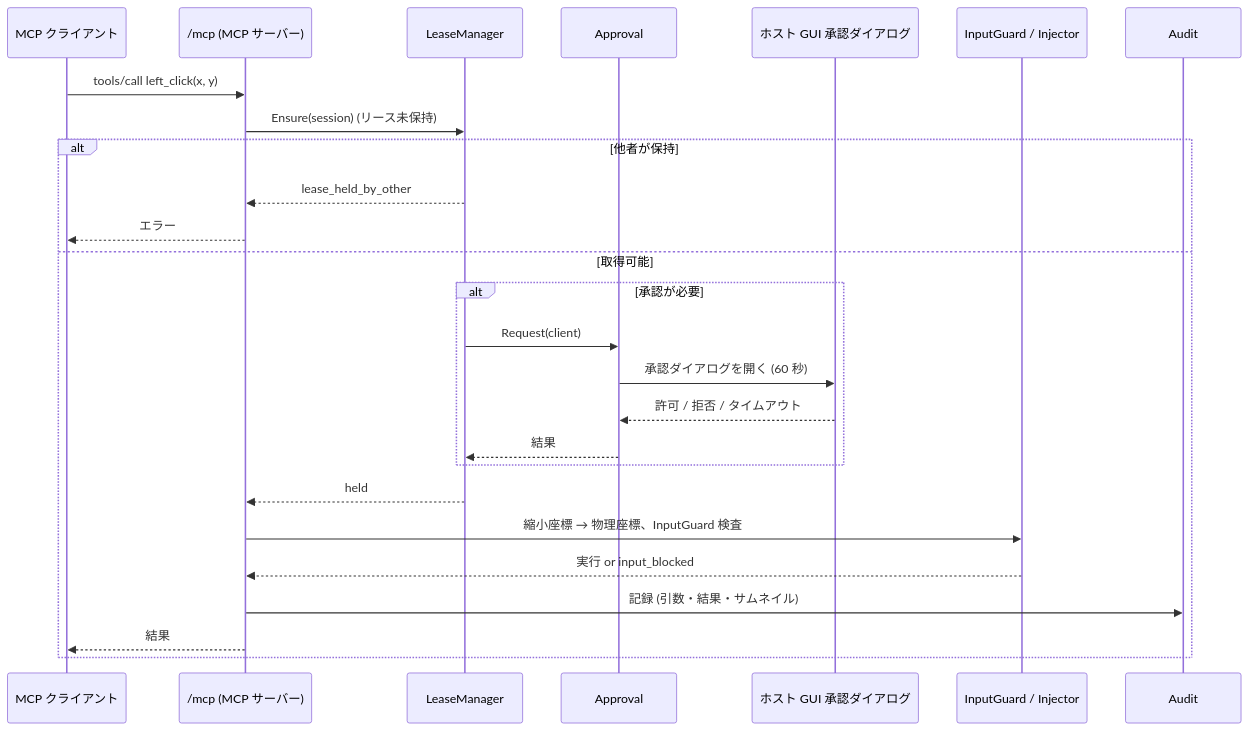
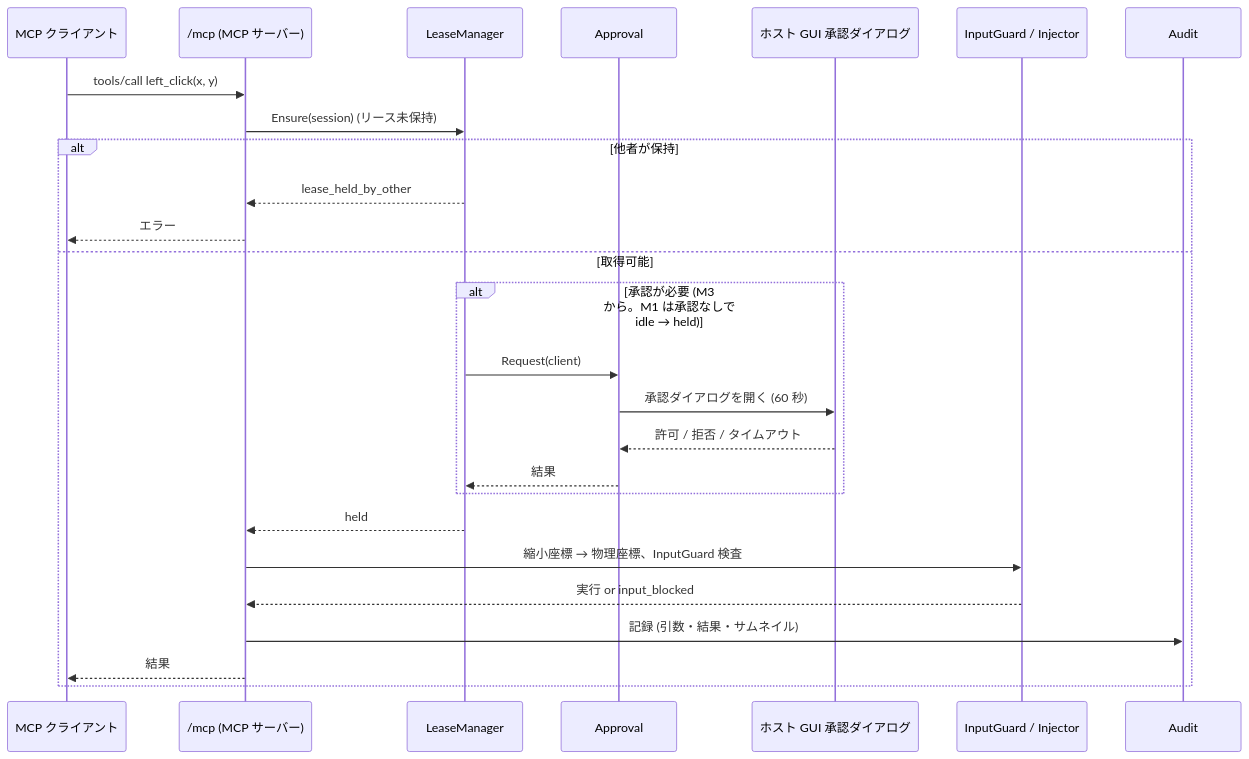
Before and after one commit to ousiassllc/puppet-remo: the fourth of 9 diagrams in docs/architecture/overview.md, drawn with Mermaid. The commit also changed other lines of this file and 7 other files, not shown here.

````diff
--- a/docs/architecture/overview.md
+++ b/docs/architecture/overview.md
@@ -219,28 +222,28 @@
 ```mermaid
 sequenceDiagram
     participant C as MCP クライアント
     participant M as /mcp (MCP サーバー)
     participant L as LeaseManager
     participant P as Approval
     participant G as ホスト GUI 承認ダイアログ
     participant I as InputGuard / Injector
     participant AU as Audit
     C->>M: tools/call left_click(x, y)
     M->>L: Ensure(session) (リース未保持)
     alt 他者が保持
         L-->>M: lease_held_by_other
         M-->>C: エラー
     else 取得可能
-        alt 承認が必要
+        alt 承認が必要 (M3 から。M1 は承認なしで idle → held)
             L->>P: Request(client)
             P->>G: 承認ダイアログを開く (60 秒)
             G-->>P: 許可 / 拒否 / タイムアウト
             P-->>L: 結果
         end
         L-->>M: held
         M->>I: 縮小座標 → 物理座標、InputGuard 検査
         I-->>M: 実行 or input_blocked
         M->>AU: 記録 (引数・結果・サムネイル)
         M-->>C: 結果
     end
 ```
````
